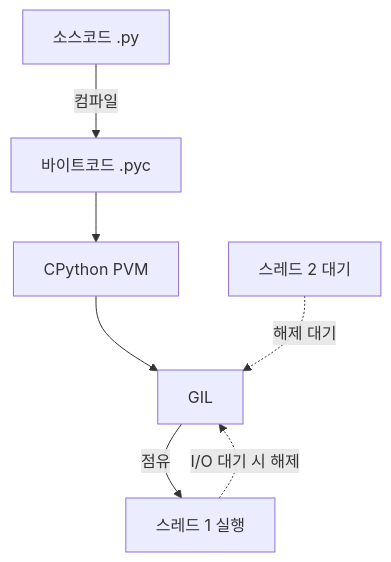
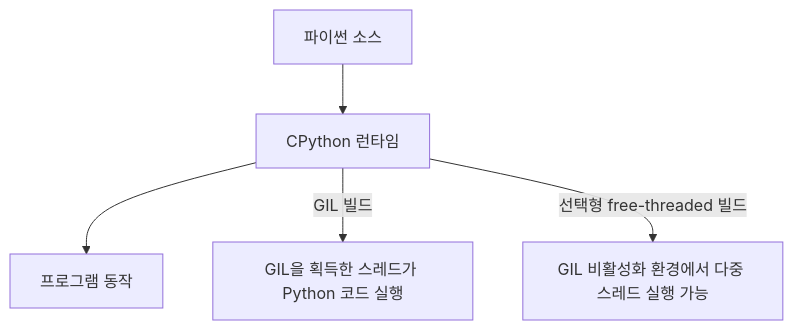
The first of 2 diagrams in src/content/docs/notes/itpe/02-software-engineering/126_python.md (agnusdei1207/study), drawn with Mermaid before and after one commit. The commit also changed other lines of this file and 31 other files, not shown here.

````diff
--- a/src/content/docs/notes/itpe/02-software-engineering/126_python.md
+++ b/src/content/docs/notes/itpe/02-software-engineering/126_python.md
@@ -58,9 +60,6 @@
 ```mermaid
 flowchart TB
-    SRC["소스코드 .py"] -->|"컴파일"| BC["바이트코드 .pyc"]
-    BC --> PVM["CPython PVM"]
-    PVM --> GIL["GIL"]
-    GIL -->|"점유"| T1["스레드 1 실행"]
-    T2["스레드 2 대기"] -.->|"해제 대기"| GIL
-    T1 -.->|"I/O 대기 시 해제"| GIL
+    SRC["파이썬 소스"] --> R["CPython 런타임"] --> OUT["프로그램 동작"]
+    R -->|"GIL 빌드"| G["GIL을 획득한 스레드가 Python 코드 실행"]
+    R -->|"선택형 free-threaded 빌드"| F["GIL 비활성화 환경에서 다중 스레드 실행 가능"]
 ```
````
